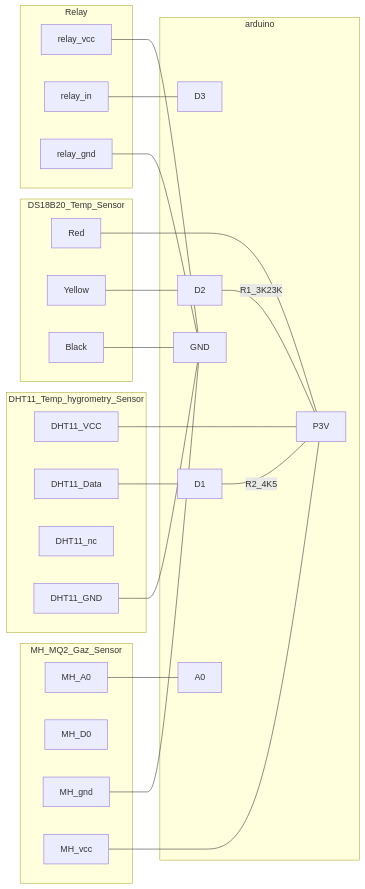
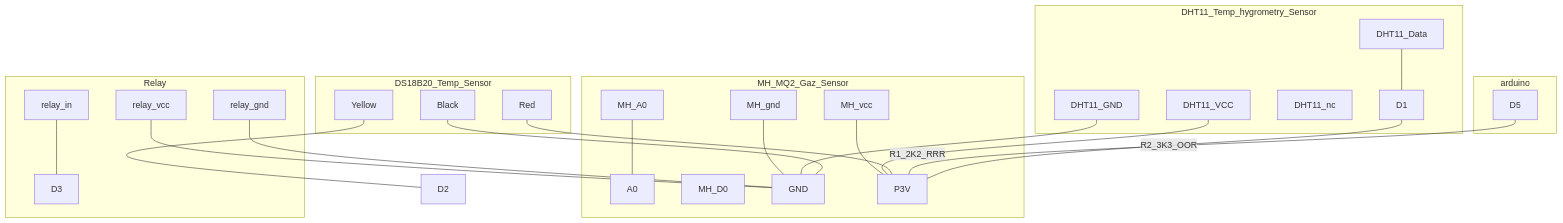
Before and after one commit to louis-chevallier/EPortier: the diagram in robot_chaudiere/frontend/README.md, drawn with Mermaid. The commit also changed other lines of this file, not shown here.

````diff
--- a/robot_chaudiere/frontend/README.md
+++ b/robot_chaudiere/frontend/README.md
@@ -20,45 +30,50 @@
 ```mermaid
-graph LR;
-    subgraph arduino
-        GND;
-        P3V
-        D1;
-        D2;
-        D3;
-        A0;
-    end
+graph TD;
+
+
     subgraph DS18B20_Temp_Sensor
         Red;
         Yellow;
         Black;
     end
     subgraph MH_MQ2_Gaz_Sensor
         MH_A0 --- A0;
         MH_D0;
         MH_gnd --- GND;
         MH_vcc --- P3V;
         
 
 
     end
     subgraph DHT11_Temp_hygrometry_Sensor
         DHT11_VCC --- P3V;
         DHT11_Data --- D1;
         DHT11_nc ;
         DHT11_GND --- GND;
     end
     subgraph Relay
         relay_vcc --- GND;
         relay_in --- D3;
         relay_gnd --- GND;
     end
+    subgraph arduino
+        GND;
+        P3V
+        D1;
+
+        D3;
+        D5;
+        A0;
+    end
+
 
     Red --- P3V;
     Yellow --- D2
     Black --- GND;
-    D2 --- |R1_3K23K| P3V;
-    D1 --- |R2_4K5| P3V;
+    D5 --- |R1_2K2_RRR| P3V;
+    D1 --- |R2_3K3_OOR| P3V;
+
 
 
 
 ```
````
